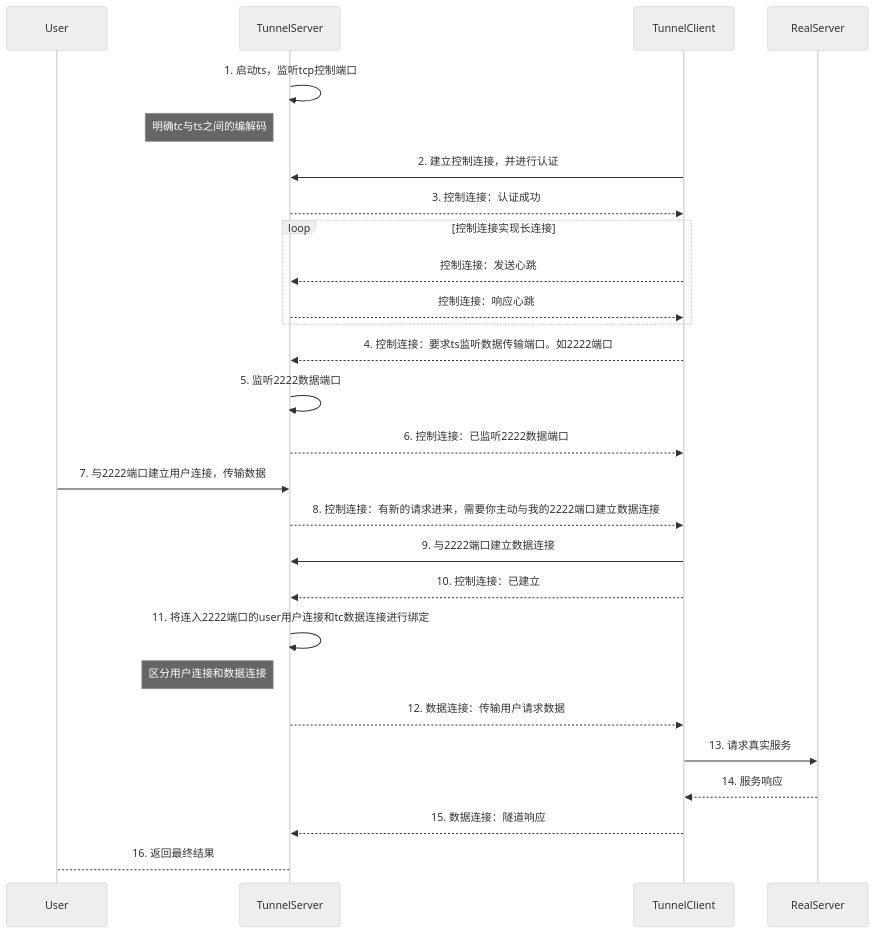
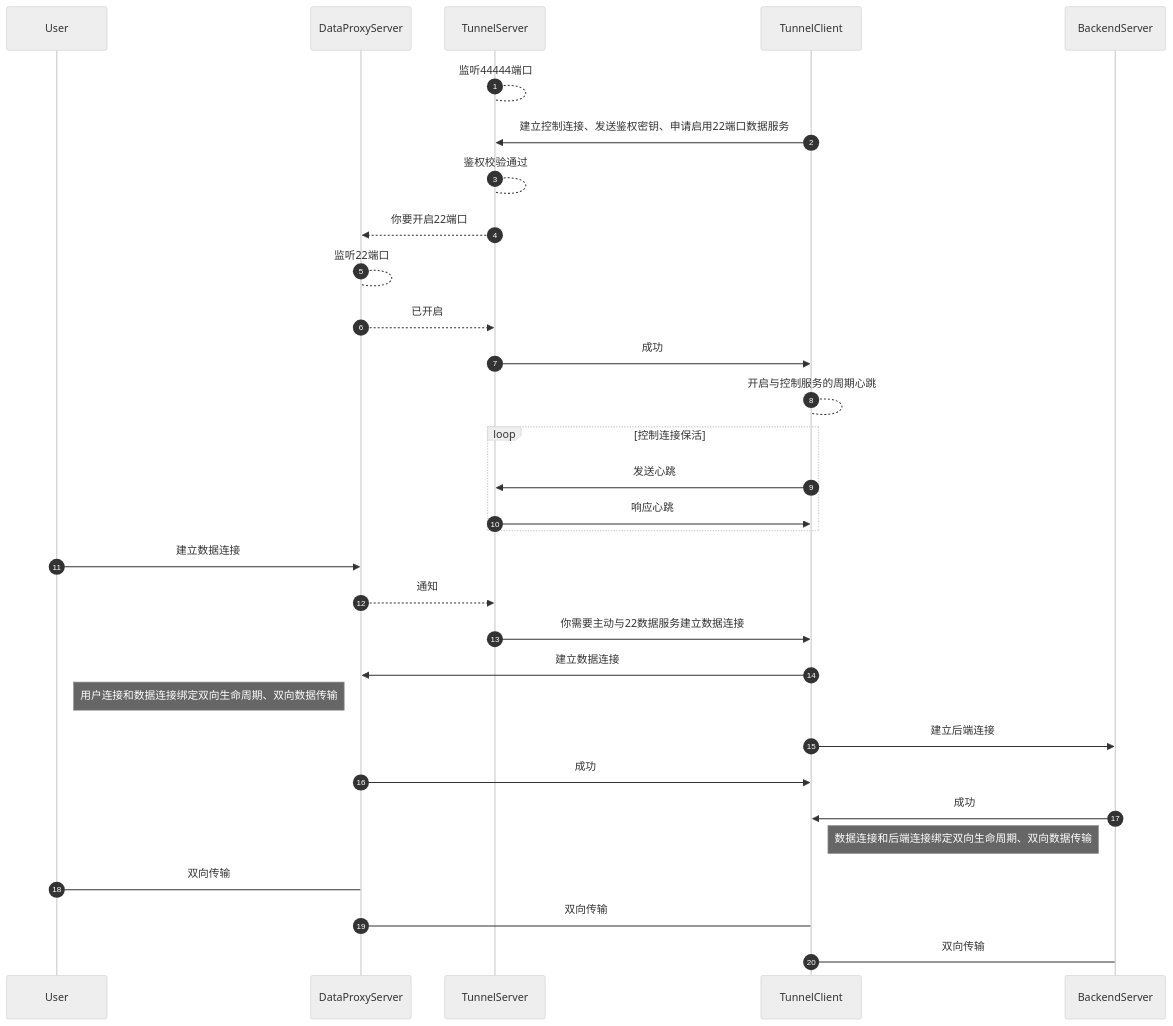
One commit to meethigher/tcp-reverse-proxy changed the diagram in README.md. Above: the diagram before and after it, drawn with Mermaid (neutral theme). The commit also changed other lines of this file and 2 other files, not shown here.

Commit message:
feat: 1. 代码整理与优化 2. 更新README.md

````diff
--- a/README.md
+++ b/README.md
@@ -47,32 +58,37 @@
 ```mermaid
 sequenceDiagram
-    participant user as User
+    autonumber
+    participant u as User
+    participant dps as DataProxyServer
     participant ts as TunnelServer
     participant tc as TunnelClient
-    participant rs as RealServer
+    participant bs as BackendServer
     
-    ts->>ts: 1. 启动ts，监听tcp控制端口
-    note left of ts: 明确tc与ts之间的编解码
-    tc->>ts: 2. 建立控制连接，并进行认证
-    ts-->>tc: 3. 控制连接：认证成功
-    loop 控制连接实现长连接
-      tc-->>ts: 控制连接：发送心跳
-      ts-->>tc: 控制连接：响应心跳
+    ts-->ts: 监听44444端口
+    tc->>ts: 建立控制连接、发送鉴权密钥、申请启用22端口数据服务
+    ts-->ts: 鉴权校验通过
+    ts-->>dps: 你要开启22端口
+    dps-->dps: 监听22端口
+    dps-->>ts: 已开启
+    ts->>tc: 成功
+    tc-->tc: 开启与控制服务的周期心跳
+    loop 控制连接保活
+      tc->>ts: 发送心跳
+      ts->>tc: 响应心跳
     end
-    tc-->>ts: 4. 控制连接：要求ts监听数据传输端口。如2222端口
-    ts->>ts: 5. 监听2222数据端口
-    ts-->>tc: 6. 控制连接：已监听2222数据端口
+    u->>dps: 建立数据连接
+    dps-->>ts: 通知
+    ts->>tc: 你需要主动与22数据服务建立数据连接
+    tc->>dps: 建立数据连接
+    note left of dps: 用户连接和数据连接绑定双向生命周期、双向数据传输
+    tc->>bs: 建立后端连接
+    dps->>tc: 成功
+    bs->>tc: 成功
+    note right of tc: 数据连接和后端连接绑定双向生命周期、双向数据传输
+    
+    u->dps: 双向传输
+    dps->tc: 双向传输
+    tc->bs: 双向传输 
+    
 
-    
-    user->>ts: 7. 与2222端口建立用户连接，传输数据
-    ts-->>tc: 8. 控制连接：有新的请求进来，需要你主动与我的2222端口建立数据连接
-    tc->>ts: 9. 与2222端口建立数据连接
-    tc-->>ts: 10. 控制连接：已建立
-    ts->>ts: 11. 将连入2222端口的user用户连接和tc数据连接进行绑定
-    note left of ts: 区分用户连接和数据连接
-    ts-->>tc: 12. 数据连接：传输用户请求数据
-    tc->>rs: 13. 请求真实服务
-    rs-->>tc: 14. 服务响应
-    tc-->>ts: 15. 数据连接：隧道响应
-    ts-->user: 16. 返回最终结果
 ```
````
